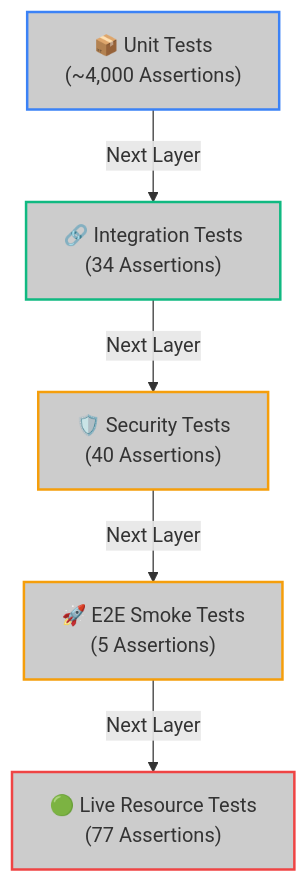
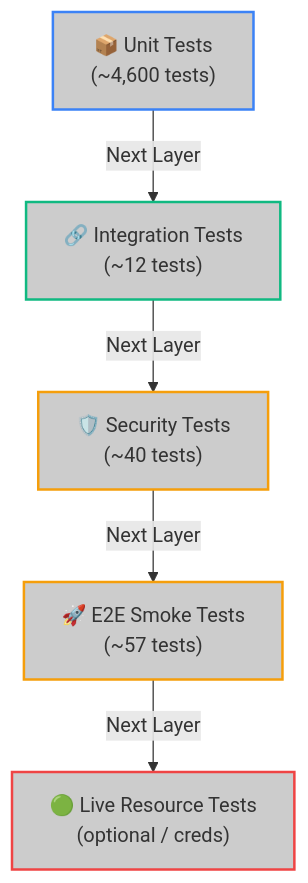
The diagram in docs/devops/development/testing.mdx (gitlqhlin/hoox), drawn with Mermaid before and after one commit. The commit also changed other lines of this file and 6 other files, not shown here.

````diff
--- a/docs/devops/development/testing.mdx
+++ b/docs/devops/development/testing.mdx
@@ -19,13 +29,13 @@
 ```mermaid
 graph TD
-    UT["📦 Unit Tests<br/>(~4,000 Assertions)"] -->|Next Layer| IT["🔗 Integration Tests<br/>(34 Assertions)"]
-    IT -->|Next Layer| ST["🛡️ Security Tests<br/>(40 Assertions)"]
-    ST -->|Next Layer| E2E["🚀 E2E Smoke Tests<br/>(5 Assertions)"]
-    E2E -->|Next Layer| LT["🟢 Live Resource Tests<br/>(77 Assertions)"]
+    UT["📦 Unit Tests<br/>(~4,600 tests)"] -->|Next Layer| IT["🔗 Integration Tests<br/>(~12 tests)"]
+    IT -->|Next Layer| ST["🛡️ Security Tests<br/>(~40 tests)"]
+    ST -->|Next Layer| E2E["🚀 E2E Smoke Tests<br/>(~57 tests)"]
+    E2E -->|Next Layer| LT["🟢 Live Resource Tests<br/>(optional / creds)"]
 
     style UT fill:#CCCCCC,stroke:#3b82f6,stroke-width:2
     style IT fill:#CCCCCC,stroke:#10b981,stroke-width:2
     style ST fill:#CCCCCC,stroke:#f59e0b,stroke-width:2
     style E2E fill:#CCCCCC,stroke:#f59e0b,stroke-width:2
     style LT fill:#CCCCCC,stroke:#ef4444,stroke-width:2
 ```
````
